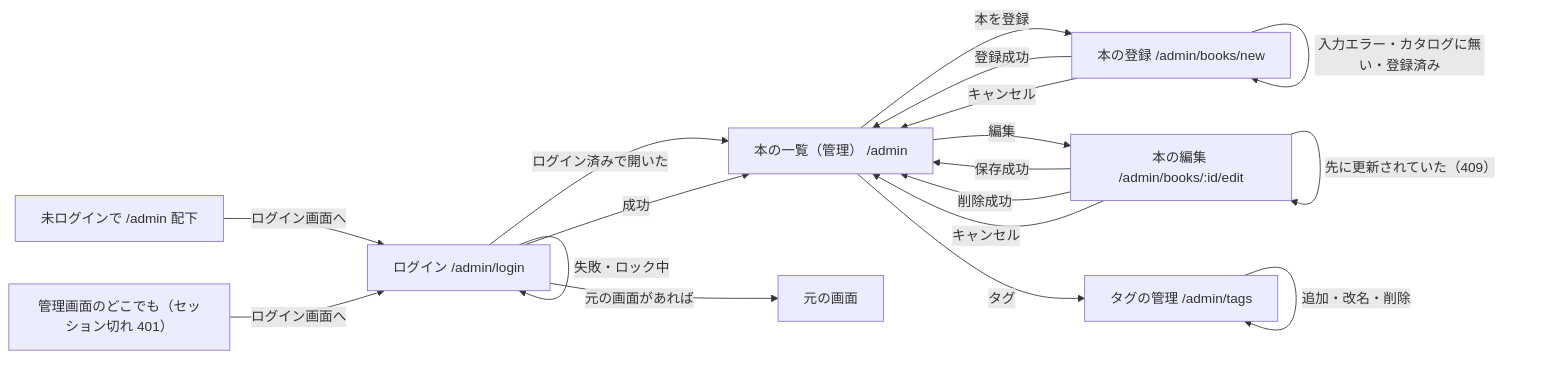
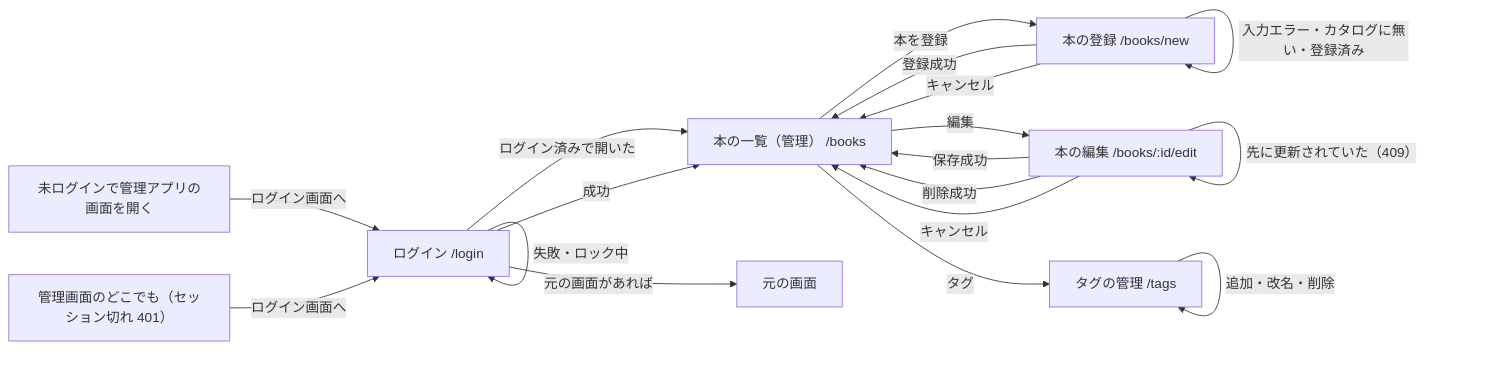
One commit to mrstsgk/book-management-system changed the first of 2 diagrams in docs/design/admin-screens.md. Above: the diagram before and after it, drawn with Mermaid. The commit also changed 3 other files, not shown here.

````diff
--- a/docs/design/admin-screens.md
+++ b/docs/design/admin-screens.md
@@ -27,21 +27,21 @@
 ```mermaid
 flowchart LR
-  G["未ログインで /admin 配下"] -->|ログイン画面へ| LG[ログイン /admin/login]
+  G["未ログインで管理アプリの画面を開く"] -->|ログイン画面へ| LG[ログイン /login]
   LG -->|ログイン済みで開いた| B
-  LG -->|成功| B[本の一覧（管理） /admin]
+  LG -->|成功| B[本の一覧（管理） /books]
   LG -->|元の画面があれば| ORIG[元の画面]
   LG -->|失敗・ロック中| LG
-  B -->|本を登録| N[本の登録 /admin/books/new]
-  B -->|編集| E["本の編集 /admin/books/:id/edit"]
-  B -->|タグ| T[タグの管理 /admin/tags]
+  B -->|本を登録| N[本の登録 /books/new]
+  B -->|編集| E["本の編集 /books/:id/edit"]
+  B -->|タグ| T[タグの管理 /tags]
   N -->|登録成功| B
   N -->|入力エラー・カタログに無い・登録済み| N
   E -->|保存成功| B
   E -->|削除成功| B
   E -->|入力エラー| E
   E -->|先に更新されていた（409）| E
   T -->|追加・改名・削除| T
   N -->|キャンセル| B
   E -->|キャンセル| B
   ANY["管理画面のどこでも（セッション切れ 401）"] -->|ログイン画面へ| LG
 ```
````
